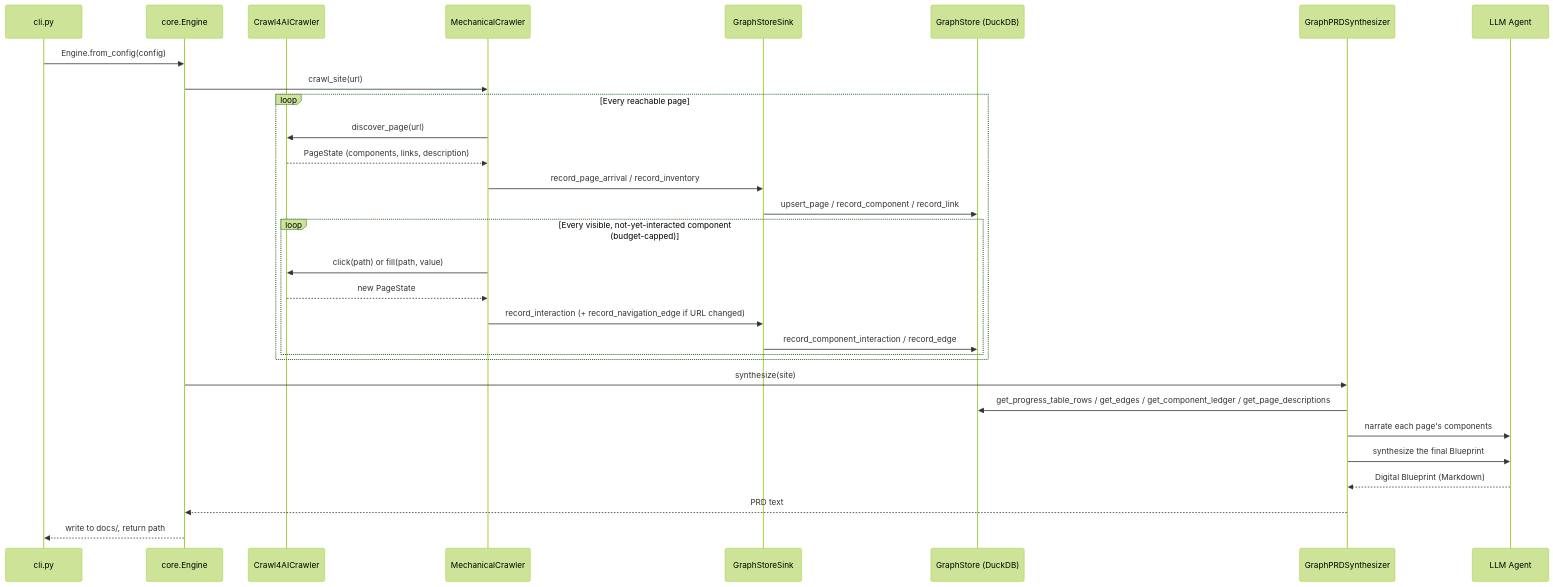
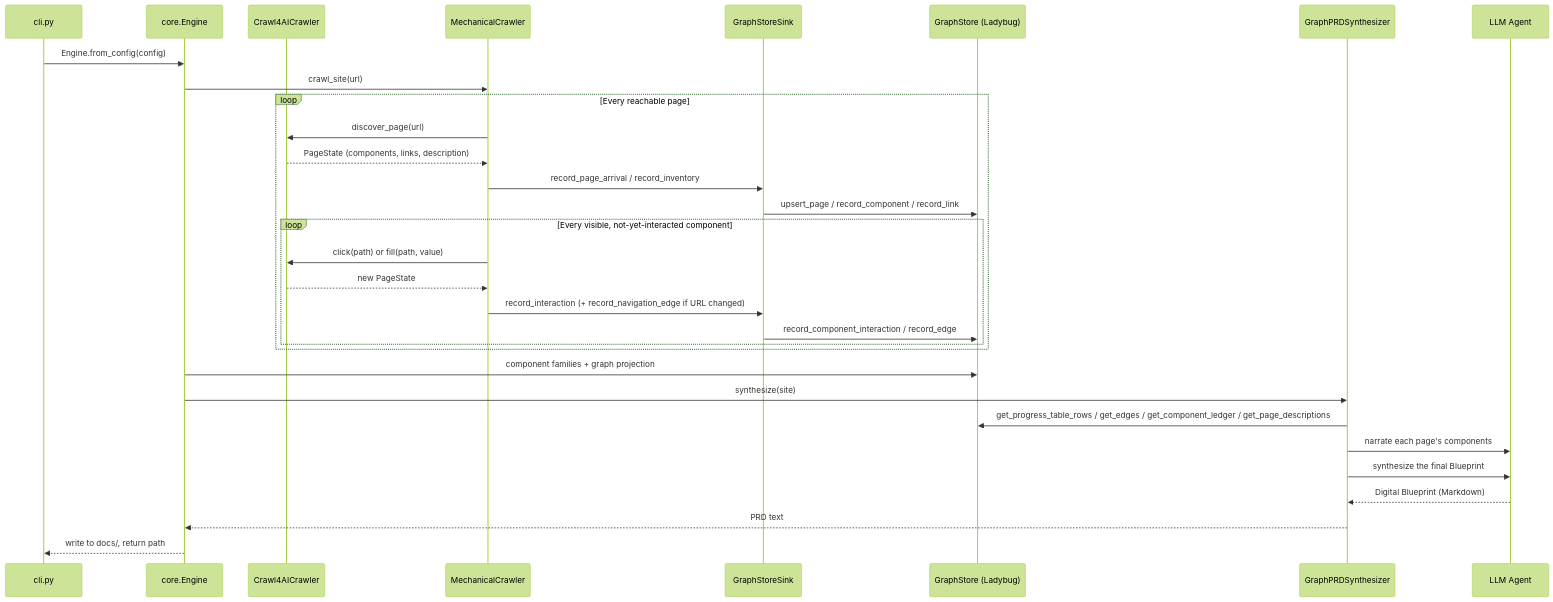
The diagram in ARCHITECTURE.md (ezequielrickert/pragma), drawn with Mermaid (forest theme) before and after one commit. The commit also changed other lines of this file and 3 other files, not shown here.

First line of the commit message:
Sync the architecture docs with the Ladybug schema; plan the next round

````diff
--- a/ARCHITECTURE.md
+++ b/ARCHITECTURE.md
@@ -24,33 +29,34 @@
 ```mermaid
 sequenceDiagram
     participant CLI as cli.py
     participant Engine as core.Engine
     participant Crawler as Crawl4AICrawler
     participant Mech as MechanicalCrawler
     participant Sink as GraphStoreSink
-    participant Graph as GraphStore (DuckDB)
+    participant Graph as GraphStore (Ladybug)
     participant Synth as GraphPRDSynthesizer
     participant Agent as LLM Agent
 
     CLI->>Engine: Engine.from_config(config)
     Engine->>Mech: crawl_site(url)
     loop Every reachable page
         Mech->>Crawler: discover_page(url)
         Crawler-->>Mech: PageState (components, links, description)
         Mech->>Sink: record_page_arrival / record_inventory
         Sink->>Graph: upsert_page / record_component / record_link
-        loop Every visible, not-yet-interacted component (budget-capped)
+        loop Every visible, not-yet-interacted component
             Mech->>Crawler: click(path) or fill(path, value)
             Crawler-->>Mech: new PageState
             Mech->>Sink: record_interaction (+ record_navigation_edge if URL changed)
             Sink->>Graph: record_component_interaction / record_edge
         end
     end
+    Engine->>Graph: component families + graph projection
     Engine->>Synth: synthesize(site)
     Synth->>Graph: get_progress_table_rows / get_edges / get_component_ledger / get_page_descriptions
     Synth->>Agent: narrate each page's components
     Synth->>Agent: synthesize the final Blueprint
     Agent-->>Synth: Digital Blueprint (Markdown)
     Synth-->>Engine: PRD text
     Engine-->>CLI: write to docs/, return path
 ```
````
